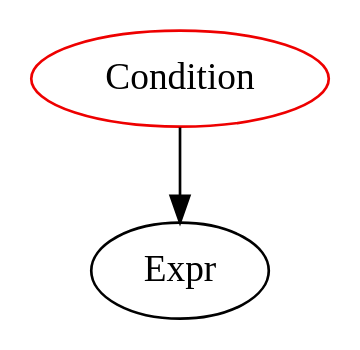
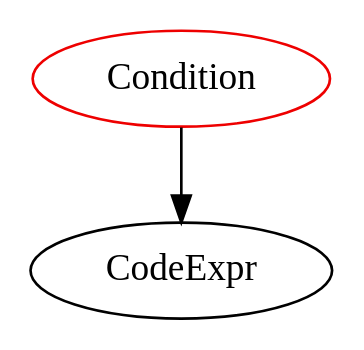
The diagram in analysis/TypeDependencyGraphs/code/Condition.dot (JacquesCarette/Drasil), drawn with Graphviz before and after one commit. The commit also changed 830 other files, not shown here.

```diff
--- a/analysis/TypeDependencyGraphs/code/Condition.dot
+++ b/analysis/TypeDependencyGraphs/code/Condition.dot
@@ -1,4 +1,4 @@
 digraph condition{
-Condition -> Expr;
+Condition -> CodeExpr;
 Condition	[shape=oval, color=red2, label=Condition];
 }
```
